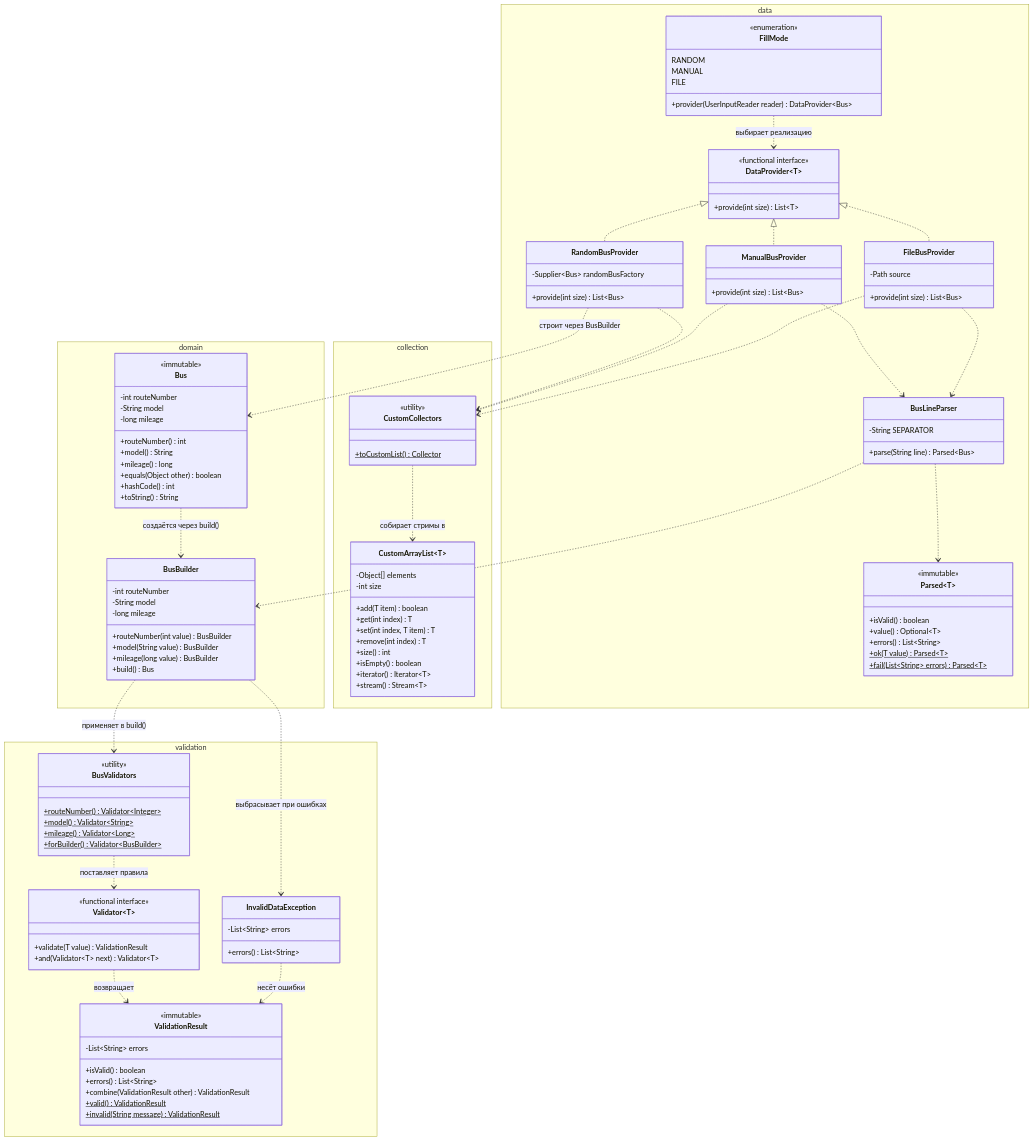
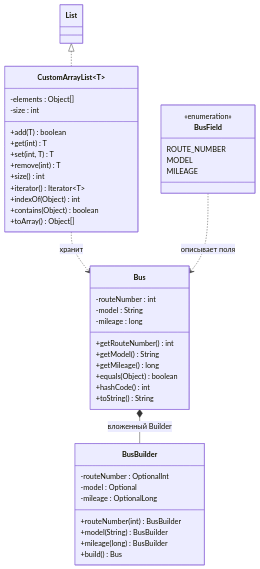
Before and after one commit to AlexanderSLoburev/JavaFinalProject: the second of 9 diagrams in docs/architecture.md, drawn with Mermaid. The commit also changed other lines of this file, not shown here.

Commit message:
Rewrite architecture.md doc

````diff
--- a/docs/architecture.md
+++ b/docs/architecture.md
@@ -128,143 +185,47 @@
 ```mermaid
 classDiagram
-    direction TB
-
-    namespace domain {
-        class Bus {
-            <<immutable>>
-            -int routeNumber
-            -String model
-            -long mileage
-            +routeNumber() int
-            +model() String
-            +mileage() long
-            +equals(Object other) boolean
-            +hashCode() int
-            +toString() String
-        }
-        class BusBuilder {
-            -int routeNumber
-            -String model
-            -long mileage
-            +routeNumber(int value) BusBuilder
-            +model(String value) BusBuilder
-            +mileage(long value) BusBuilder
-            +build() Bus
-        }
+    class Bus {
+        -routeNumber : int
+        -model : String
+        -mileage : long
+        +getRouteNumber() int
+        +getModel() String
+        +getMileage() long
+        +equals(Object) boolean
+        +hashCode() int
+        +toString() String
+    }
+    class BusBuilder {
+        -routeNumber : OptionalInt
+        -model : Optional
+        -mileage : OptionalLong
+        +routeNumber(int) BusBuilder
+        +model(String) BusBuilder
+        +mileage(long) BusBuilder
+        +build() Bus
+    }
+    class BusField {
+        <<enumeration>>
+        ROUTE_NUMBER
+        MODEL
+        MILEAGE
+    }
+    class CustomArrayList~T~ {
+        -elements : Object[]
+        -size : int
+        +add(T) boolean
+        +get(int) T
+        +set(int, T) T
+        +remove(int) T
+        +size() int
+        +iterator() Iterator~T~
+        +indexOf(Object) int
+        +contains(Object) boolean
+        +toArray() Object[]
     }
 
-    namespace validation {
-        class Validator~T~ {
-            <<functional interface>>
-            +validate(T value) ValidationResult
-            +and(Validator~T~ next) Validator~T~
-        }
-        class ValidationResult {
-            <<immutable>>
-            -List~String~ errors
-            +isValid() boolean
-            +errors() List~String~
-            +combine(ValidationResult other) ValidationResult
-            +valid() ValidationResult$
-            +invalid(String message) ValidationResult$
-        }
-        class BusValidators {
-            <<utility>>
-            +routeNumber() Validator~Integer~$
-            +model() Validator~String~$
-            +mileage() Validator~Long~$
-            +forBuilder() Validator~BusBuilder~$
-        }
-        class InvalidDataException {
-            -List~String~ errors
-            +errors() List~String~
-        }
-    }
-
-    namespace collection {
-        class CustomArrayList~T~ {
-            -Object[] elements
-            -int size
-            +add(T item) boolean
-            +get(int index) T
-            +set(int index, T item) T
-            +remove(int index) T
-            +size() int
-            +isEmpty() boolean
-            +iterator() Iterator~T~
-            +stream() Stream~T~
-        }
-        class CustomCollectors {
-            <<utility>>
-            +toCustomList() Collector$
-        }
-    }
-
-    namespace data {
-        class DataProvider~T~ {
-            <<functional interface>>
-            +provide(int size) List~T~
-        }
-        class RandomBusProvider {
-            -Supplier~Bus~ randomBusFactory
-            +provide(int size) List~Bus~
-        }
-        class ManualBusProvider {
-            +provide(int size) List~Bus~
-        }
-        class FileBusProvider {
-            -Path source
-            +provide(int size) List~Bus~
-        }
-        class BusLineParser {
-            -String SEPARATOR
-            +parse(String line) Parsed~Bus~
-        }
-        class Parsed~T~ {
-            <<immutable>>
-            +isValid() boolean
-            +value() Optional~T~
-            +errors() List~String~
-            +ok(T value) Parsed~T~$
-            +fail(List~String~ errors) Parsed~T~$
-        }
-        class FillMode {
-            <<enumeration>>
-            RANDOM
-            MANUAL
-            FILE
-            +provider(UserInputReader reader) DataProvider~Bus~
-        }
-    }
-
-    %% === СВЯЗИ (вынесены за пределы namespace) ===
-
-    %% Domain
-    Bus ..> BusBuilder : создаётся через build()
-
-    %% Validation
-    Validator ..> ValidationResult : возвращает
-    BusValidators ..> Validator : поставляет правила
-    InvalidDataException ..> ValidationResult : несёт ошибки
-
-    %% Collection
-    CustomCollectors ..> CustomArrayList : собирает стримы в
-
-    %% Data
-    DataProvider <|.. RandomBusProvider
-    DataProvider <|.. ManualBusProvider
-    DataProvider <|.. FileBusProvider
-    FillMode ..> DataProvider : выбирает реализацию
-    ManualBusProvider ..> BusLineParser
-    FileBusProvider ..> BusLineParser
-    BusLineParser ..> Parsed
-    BusLineParser ..> BusBuilder
-
-    %% Cross-namespace
-    BusBuilder ..> BusValidators : применяет в build()
-    BusBuilder ..> InvalidDataException : выбрасывает при ошибках
-    RandomBusProvider ..> Bus : строит через BusBuilder
-    RandomBusProvider ..> CustomCollectors
-    ManualBusProvider ..> CustomCollectors
-    FileBusProvider ..> CustomCollectors
+    Bus *-- BusBuilder : вложенный Builder
+    List <|.. CustomArrayList
+    CustomArrayList ..> Bus : хранит
+    BusField ..> Bus : описывает поля
 ```
````
